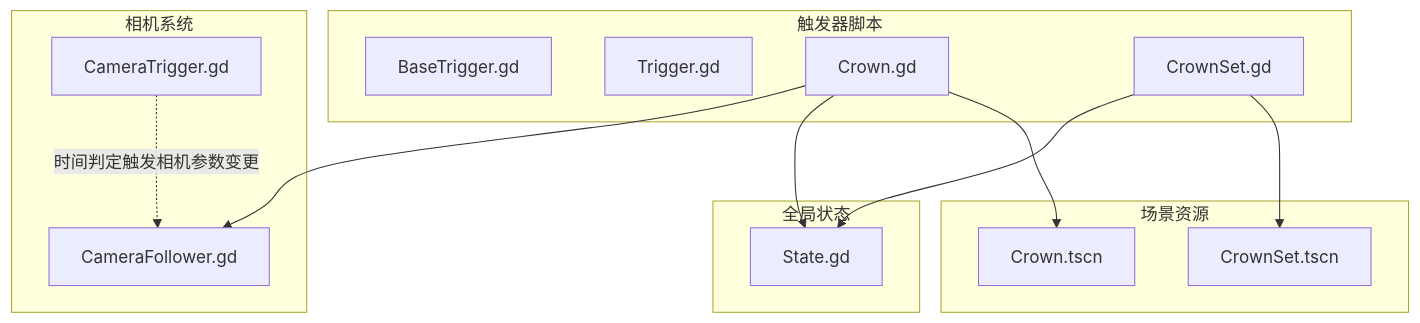
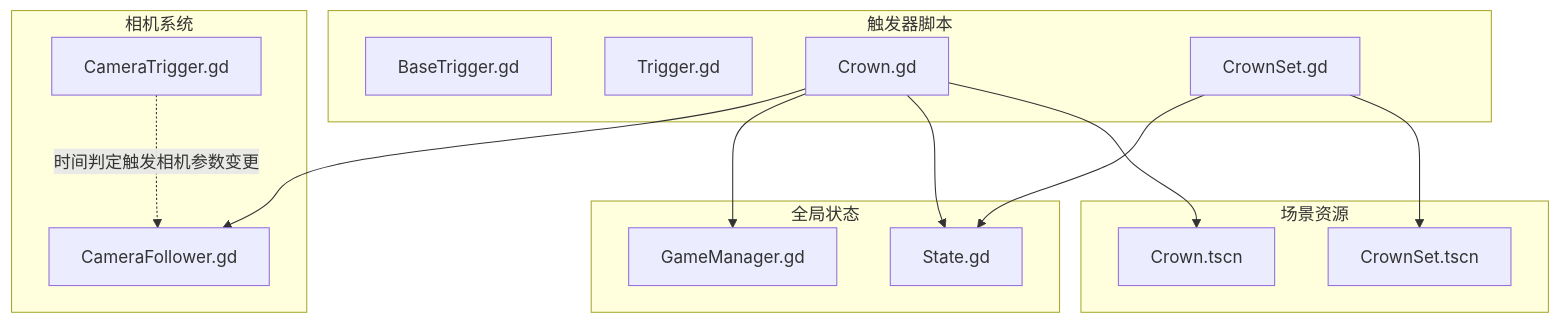
Before and after one commit to godotline/godot-line: the first of 5 diagrams in .qoder/repowiki/zh/content/游戏系统/触发器系统/Crown触发器.md, drawn with Mermaid. The commit also changed other lines of this file and 18 other files, not shown here.

````diff
--- a/.qoder/repowiki/zh/content/游戏系统/触发器系统/Crown触发器.md
+++ b/.qoder/repowiki/zh/content/游戏系统/触发器系统/Crown触发器.md
@@ -45,26 +56,28 @@
 ```mermaid
 graph TB
 subgraph "触发器脚本"
 BT["BaseTrigger.gd"]
 TR["Trigger.gd"]
 CR["Crown.gd"]
 CRS["CrownSet.gd"]
 end
 subgraph "全局状态"
 ST["State.gd"]
+GM["GameManager.gd"]
 end
 subgraph "场景资源"
 SCN1["Crown.tscn"]
 SCN2["CrownSet.tscn"]
 end
 subgraph "相机系统"
 CF["CameraFollower.gd"]
 CT["CameraTrigger.gd"]
 end
 CR --> SCN1
 CRS --> SCN2
 CR --> ST
 CRS --> ST
+CR --> GM
 CR --> CF
 CT -. 时间判定触发相机参数变更 .-> CF
 ```
````
